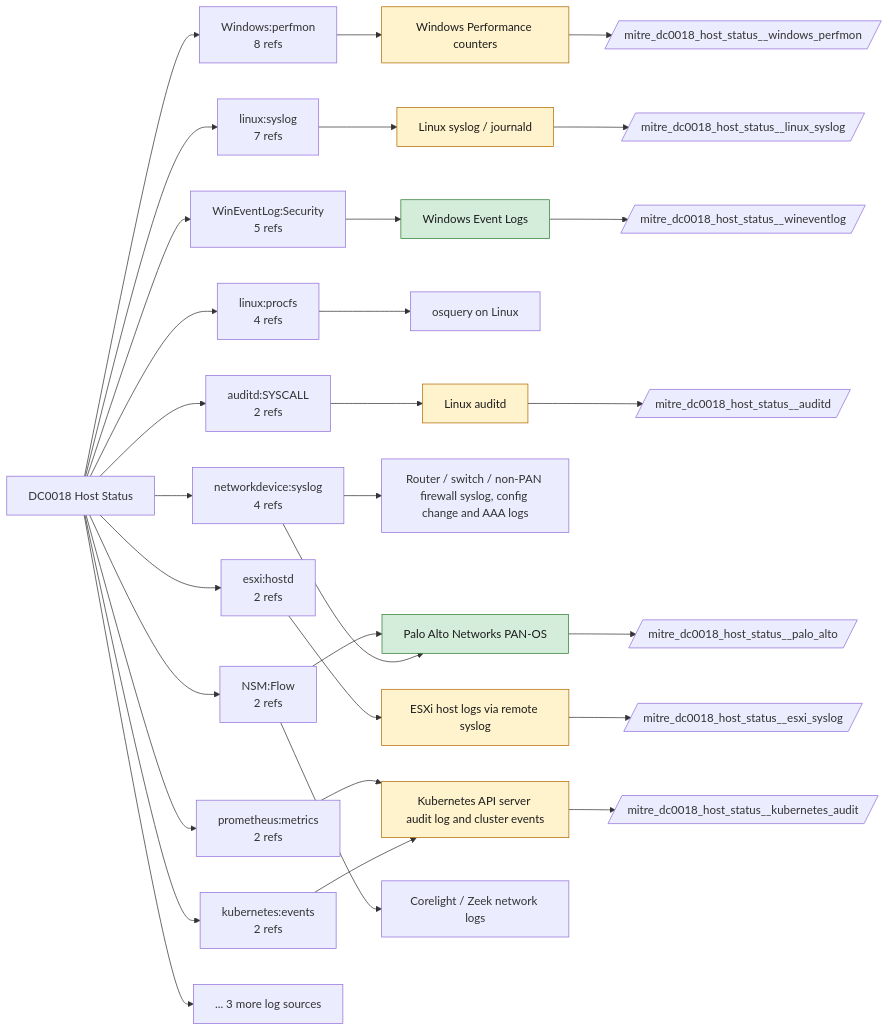
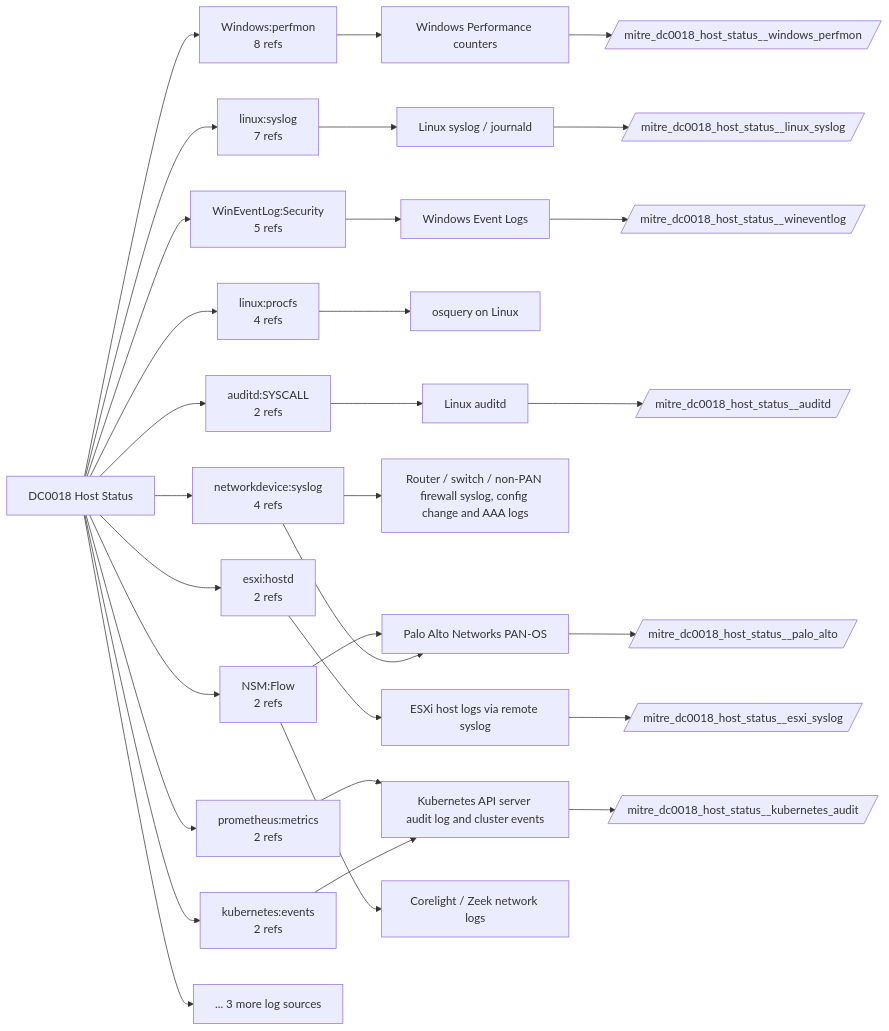
The diagram in docs/data-components/DC0018-host-status.md (dev-nobytes-io/mitre-defensive-mappings-spl), drawn with Mermaid before and after one commit. The commit also changed other lines of this file and 366 other files, not shown here.

````diff
--- a/docs/data-components/DC0018-host-status.md
+++ b/docs/data-components/DC0018-host-status.md
@@ -19,53 +19,44 @@
 ```mermaid
 flowchart LR
   DC["DC0018 Host Status"]
   DC --> LS0["Windows:perfmon<br/>8 refs"]
   F_windows_perfmon["Windows Performance counters"]
   LS0 --> F_windows_perfmon
   DC --> LS1["linux:syslog<br/>7 refs"]
   F_linux_syslog["Linux syslog / journald"]
   LS1 --> F_linux_syslog
   DC --> LS2["WinEventLog:Security<br/>5 refs"]
   F_wineventlog["Windows Event Logs"]
   LS2 --> F_wineventlog
   DC --> LS3["linux:procfs<br/>4 refs"]
   F_linux_osquery["osquery on Linux"]
   LS3 --> F_linux_osquery
   DC --> LS4["networkdevice:syslog<br/>4 refs"]
   F_palo_alto["Palo Alto Networks PAN-OS"]
   LS4 --> F_palo_alto
   F_netdev_syslog["Router / switch / non-PAN firewall syslog, config change and AAA logs"]
   LS4 --> F_netdev_syslog
   DC --> LS5["auditd:SYSCALL<br/>2 refs"]
   F_auditd["Linux auditd"]
   LS5 --> F_auditd
   DC --> LS6["esxi:hostd<br/>2 refs"]
   F_esxi_syslog["ESXi host logs via remote syslog"]
   LS6 --> F_esxi_syslog
   DC --> LS7["kubernetes:events<br/>2 refs"]
   F_kubernetes_audit["Kubernetes API server audit log and cluster events"]
   LS7 --> F_kubernetes_audit
   DC --> LS8["NSM:Flow<br/>2 refs"]
   F_corelight["Corelight / Zeek network logs"]
   LS8 --> F_corelight
   LS8 --> F_palo_alto
   DC --> LS9["prometheus:metrics<br/>2 refs"]
   LS9 --> F_kubernetes_audit
   DC --> MORE["... 3 more log sources"]
+  F_auditd --> ET_auditd[/"mitre_dc0018_host_status__auditd"/]
+  F_esxi_syslog --> ET_esxi_syslog[/"mitre_dc0018_host_status__esxi_syslog"/]
+  F_kubernetes_audit --> ET_kubernetes_audit[/"mitre_dc0018_host_status__kubernetes_audit"/]
+  F_linux_syslog --> ET_linux_syslog[/"mitre_dc0018_host_status__linux_syslog"/]
   F_palo_alto --> ET_palo_alto[/"mitre_dc0018_host_status__palo_alto"/]
-  class F_palo_alto live
+  F_windows_perfmon --> ET_windows_perfmon[/"mitre_dc0018_host_status__windows_perfmon"/]
   F_wineventlog --> ET_wineventlog[/"mitre_dc0018_host_status__wineventlog"/]
-  class F_wineventlog live
-  F_auditd --> ET_auditd[/"mitre_dc0018_host_status__auditd"/]
-  class F_auditd ready
-  F_esxi_syslog --> ET_esxi_syslog[/"mitre_dc0018_host_status__esxi_syslog"/]
-  class F_esxi_syslog ready
-  F_kubernetes_audit --> ET_kubernetes_audit[/"mitre_dc0018_host_status__kubernetes_audit"/]
-  class F_kubernetes_audit ready
-  F_linux_syslog --> ET_linux_syslog[/"mitre_dc0018_host_status__linux_syslog"/]
-  class F_linux_syslog ready
-  F_windows_perfmon --> ET_windows_perfmon[/"mitre_dc0018_host_status__windows_perfmon"/]
-  class F_windows_perfmon ready
-  classDef live fill:#d4edda,stroke:#2e7d32,color:#1b1b1b
-  classDef ready fill:#fff3cd,stroke:#b26a00,color:#1b1b1b
 ```
````
